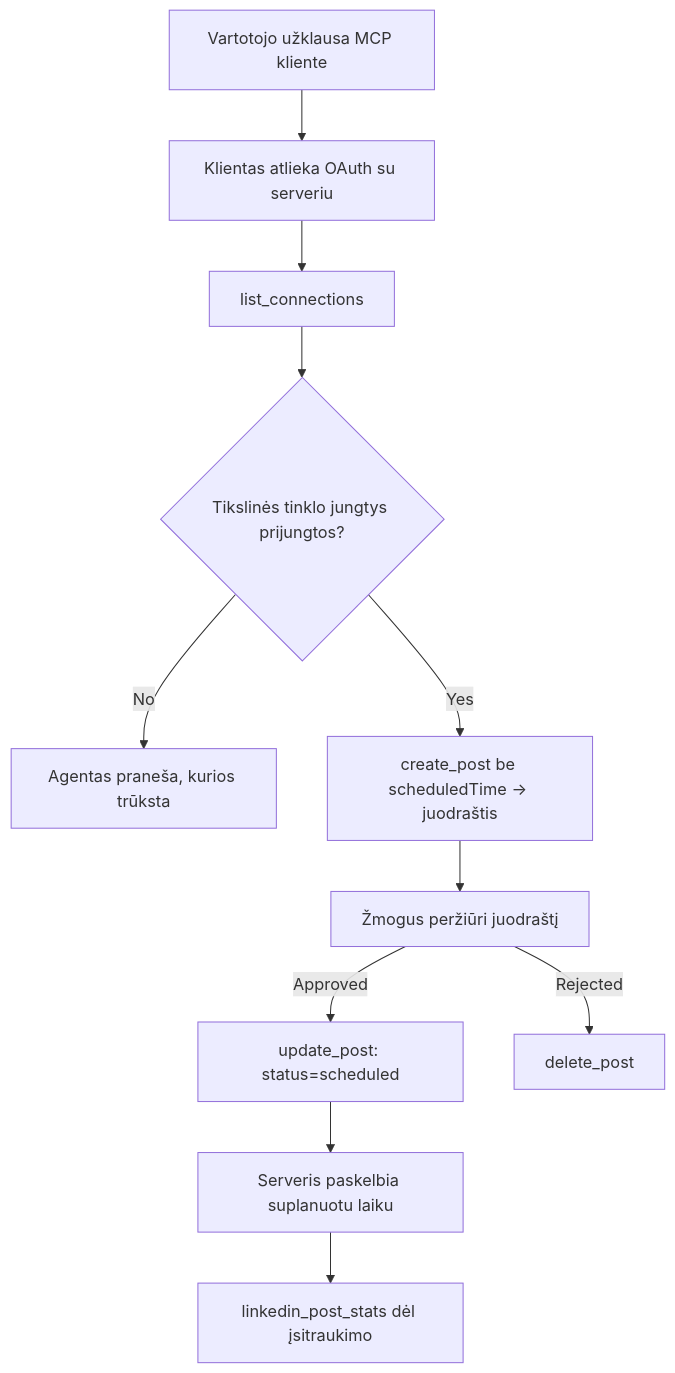
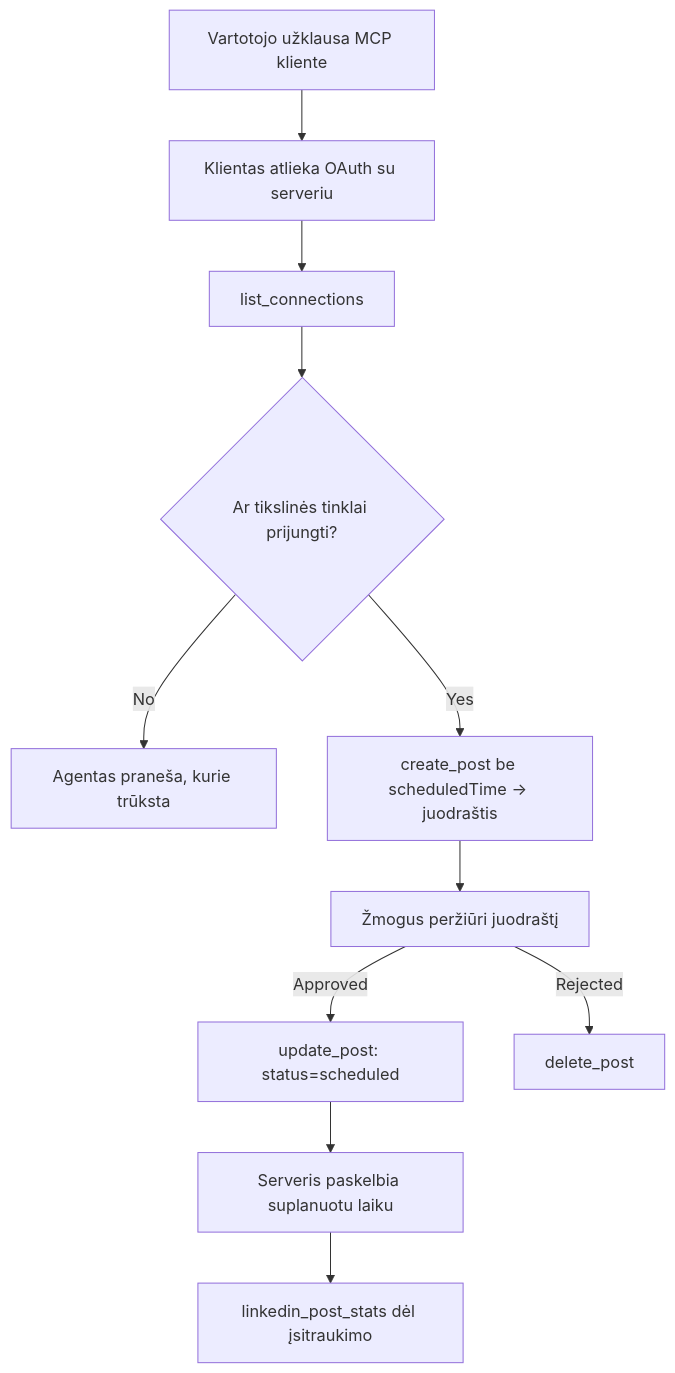
One commit to microsoft/mcp-for-beginners changed the diagram in translations/lt/09-CaseStudy/publora-social-publishing.md. Above: the diagram before and after it, drawn with Mermaid. The commit also changed other lines of this file and 132 other files, not shown here.

````diff
--- a/translations/lt/09-CaseStudy/publora-social-publishing.md
+++ b/translations/lt/09-CaseStudy/publora-social-publishing.md
@@ -47,13 +47,13 @@
 ```mermaid
 flowchart TD
     A[Vartotojo užklausa MCP kliente] --> B[Klientas atlieka OAuth su serveriu]
     B --> C[list_connections]
-    C --> D{Tikslinės tinklo jungtys prijungtos?}
-    D -- No --> E[Agentas praneša, kurios trūksta]
+    C --> D{Ar tikslinės tinklai prijungti?}
+    D -- No --> E[Agentas praneša, kurie trūksta]
     D -- Yes --> F[create_post be scheduledTime -> juodraštis]
     F --> G[Žmogus peržiūri juodraštį]
     G -- Approved --> H[update_post: status=scheduled]
     G -- Rejected --> I[delete_post]
     H --> J[Serveris paskelbia suplanuotu laiku]
     J --> K[linkedin_post_stats dėl įsitraukimo]
 ```
````
